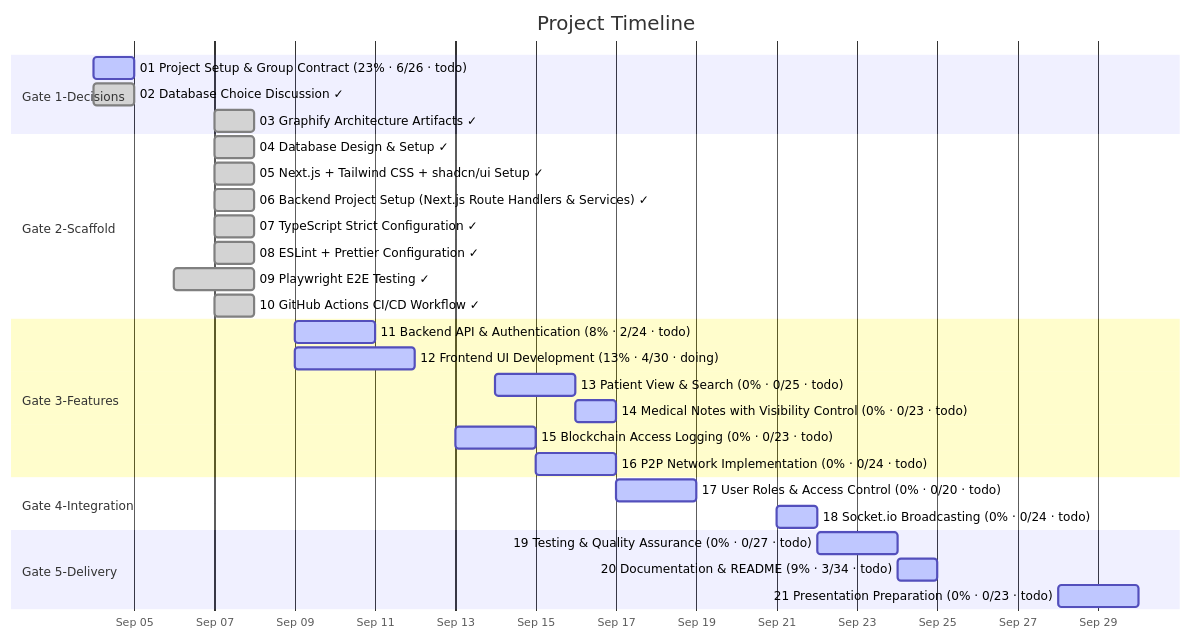
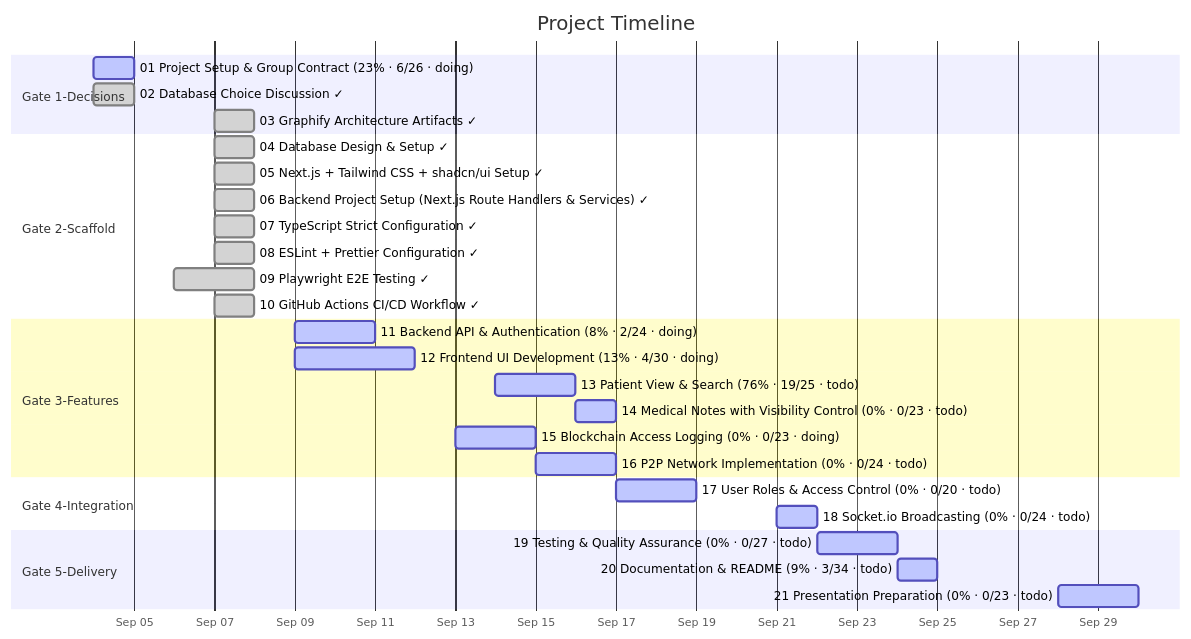
The diagram in docs/diagrams/task-gantt.md (matdevstamp/inl-3-awesome-journal), drawn with Mermaid before and after one commit. The commit also changed 5 other files, not shown here.

Commit message:
docs: sync draft tasks with project board and regenerate diagrams

````diff
--- a/docs/diagrams/task-gantt.md
+++ b/docs/diagrams/task-gantt.md
@@ -25,33 +25,33 @@
 ```mermaid
 gantt
     title Project Timeline
     dateFormat  YYYY-MM-DD
     axisFormat  %b %d
 
     section Gate 1-Decisions
-    01 Project Setup & Group Contract (23% · 6/26 · todo) : active, 2026-09-04, 1d
+    01 Project Setup & Group Contract (23% · 6/26 · doing) : active, 2026-09-04, 1d
     02 Database Choice Discussion ✓ : done, 2026-09-04, 1d
     03 Graphify Architecture Artifacts ✓ : done, 2026-09-07, 1d
     section Gate 2-Scaffold
     04 Database Design & Setup ✓ : done, 2026-09-07, 1d
     05 Next.js + Tailwind CSS + shadcn/ui Setup ✓ : done, 2026-09-07, 1d
     06 Backend Project Setup (Next.js Route Handlers & Services) ✓ : done, 2026-09-07, 1d
     07 TypeScript Strict Configuration ✓ : done, 2026-09-07, 1d
     08 ESLint + Prettier Configuration ✓ : done, 2026-09-07, 1d
     09 Playwright E2E Testing ✓ : done, 2026-09-06, 2d
     10 GitHub Actions CI/CD Workflow ✓ : done, 2026-09-07, 1d
     section Gate 3-Features
-    11 Backend API & Authentication (8% · 2/24 · todo) : active, 2026-09-09, 2d
+    11 Backend API & Authentication (8% · 2/24 · doing) : active, 2026-09-09, 2d
     12 Frontend UI Development (13% · 4/30 · doing) : active, 2026-09-09, 3d
-    13 Patient View & Search (0% · 0/25 · todo) : active, 2026-09-14, 2d
+    13 Patient View & Search (76% · 19/25 · todo) : active, 2026-09-14, 2d
     14 Medical Notes with Visibility Control (0% · 0/23 · todo) : active, 2026-09-16, 1d
-    15 Blockchain Access Logging (0% · 0/23 · todo) : active, 2026-09-13, 2d
+    15 Blockchain Access Logging (0% · 0/23 · doing) : active, 2026-09-13, 2d
     16 P2P Network Implementation (0% · 0/24 · todo) : active, 2026-09-15, 2d
     section Gate 4-Integration
     17 User Roles & Access Control (0% · 0/20 · todo) : active, 2026-09-17, 2d
     18 Socket.io Broadcasting (0% · 0/24 · todo) : active, 2026-09-21, 1d
     section Gate 5-Delivery
     19 Testing & Quality Assurance (0% · 0/27 · todo) : active, 2026-09-22, 2d
     20 Documentation & README (9% · 3/34 · todo) : active, 2026-09-24, 1d
     21 Presentation Preparation (0% · 0/23 · todo) : active, 2026-09-28, 2d
 ```
````
